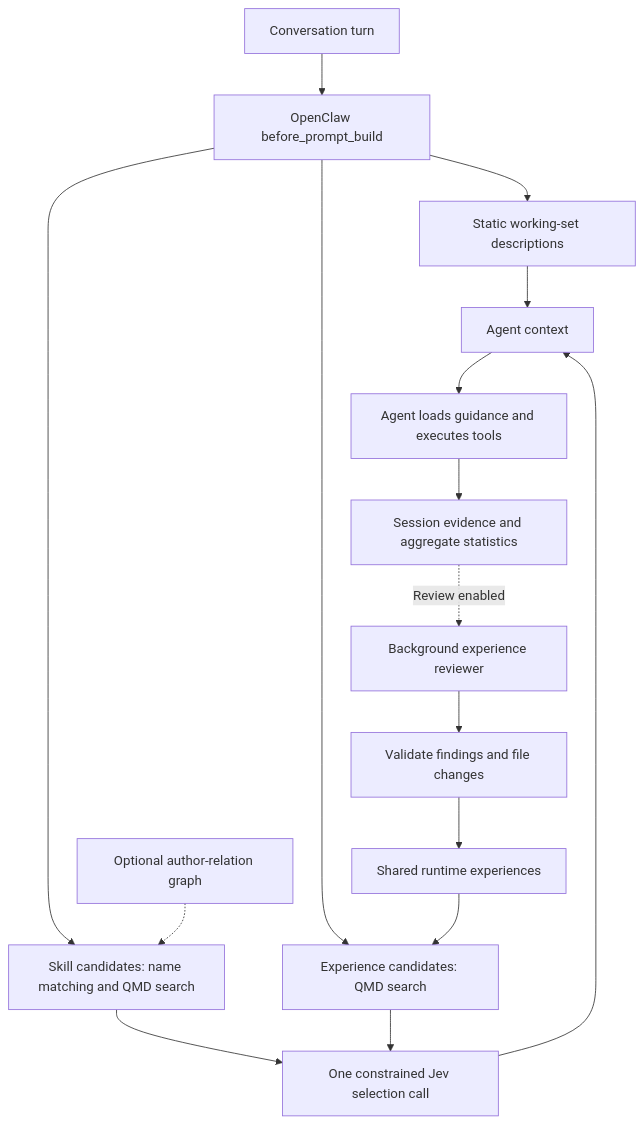
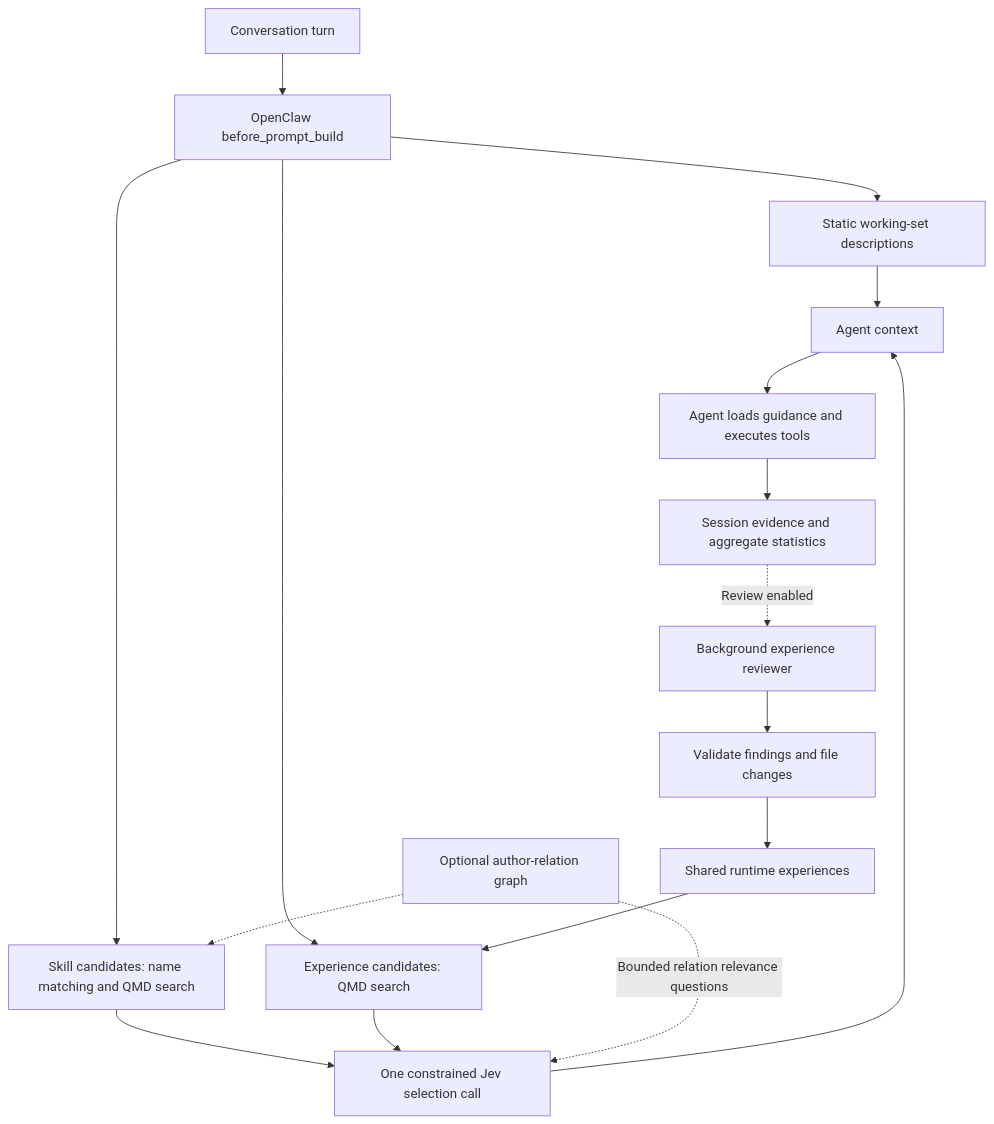
The diagram in README.md (ani6439walc/openclaw-plugin-skill-harness), drawn with Mermaid before and after one commit. The commit also changed other lines of this file and 20 other files, not shown here.

````diff
--- a/README.md
+++ b/README.md
@@ -38,18 +38,19 @@
 ```mermaid
 flowchart TD
   U[Conversation turn] --> H[OpenClaw before_prompt_build]
   H --> W[Static working-set descriptions]
   H --> S[Skill candidates: name matching and QMD search]
   H --> E[Experience candidates: QMD search]
   G[Optional author-relation graph] -.-> S
   S --> J[One constrained Jev selection call]
   E --> J
+  G -. Bounded relation relevance questions .-> J
   W --> C[Agent context]
   J --> C
   C --> A[Agent loads guidance and executes tools]
   A --> T[Session evidence and aggregate statistics]
   T -. Review enabled .-> R[Background experience reviewer]
   R --> V[Validate findings and file changes]
   V --> X[Shared runtime experiences]
   X --> E
 ```
````
